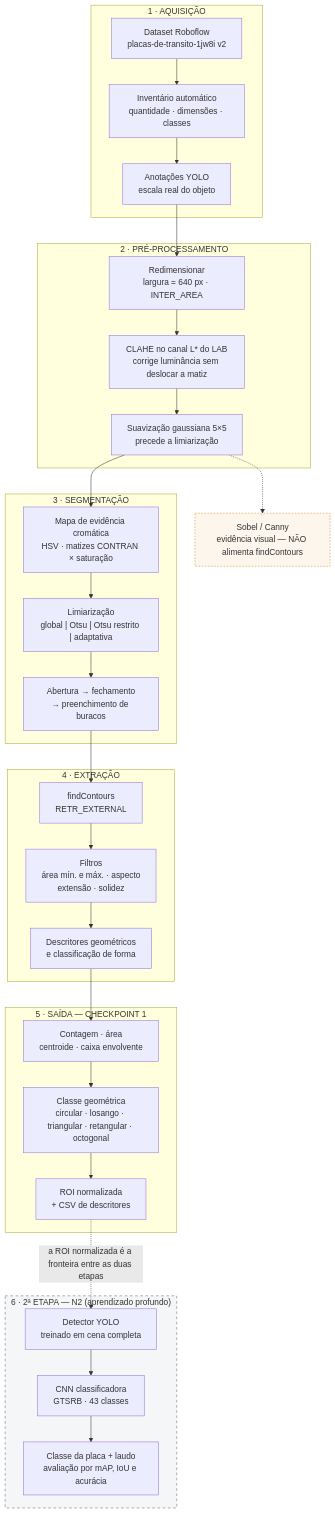
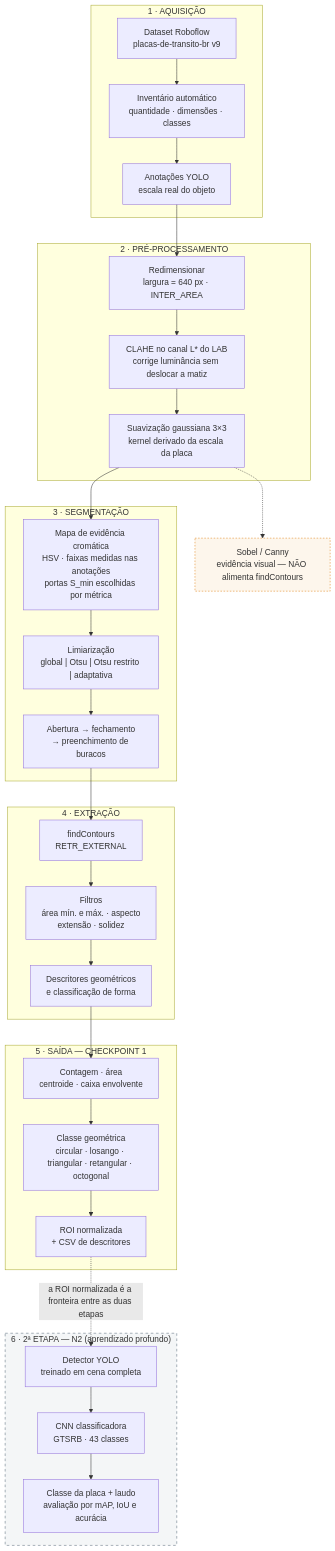
One commit to CaioHenri99/aed-visao-placas-transito changed the diagram in docs/arquitetura.md. Above: the diagram before and after it, drawn with Mermaid. The commit also changed other lines of this file and 11 other files, not shown here.

First line of the commit message:
feat: troca a base para placas-de-transito-br v9 e mede as faixas de cor

````diff
--- a/docs/arquitetura.md
+++ b/docs/arquitetura.md
@@ -13,56 +13,56 @@
 ```mermaid
 flowchart TD
     subgraph AQ["1 · AQUISIÇÃO"]
-        A1["Dataset Roboflow<br/>placas-de-transito-1jw8i v2"]
+        A1["Dataset Roboflow<br/>placas-de-transito-br v9"]
         A2["Inventário automático<br/>quantidade · dimensões · classes"]
         A3["Anotações YOLO<br/>escala real do objeto"]
         A1 --> A2 --> A3
     end
 
     subgraph PRE["2 · PRÉ-PROCESSAMENTO"]
         B1["Redimensionar<br/>largura = 640 px · INTER_AREA"]
         B2["CLAHE no canal L* do LAB<br/>corrige luminância sem deslocar a matiz"]
-        B3["Suavização gaussiana 5×5<br/>precede a limiarização"]
+        B3["Suavização gaussiana 3×3<br/>kernel derivado da escala da placa"]
         B1 --> B2 --> B3
     end
 
     subgraph SEG["3 · SEGMENTAÇÃO"]
-        C1["Mapa de evidência cromática<br/>HSV · matizes CONTRAN × saturação"]
+        C1["Mapa de evidência cromática<br/>HSV · faixas medidas nas anotações<br/>portas S_min escolhidas por métrica"]
         C2["Limiarização<br/>global | Otsu | Otsu restrito | adaptativa"]
         C3["Abertura → fechamento<br/>→ preenchimento de buracos"]
         C1 --> C2 --> C3
     end
 
     subgraph EXT["4 · EXTRAÇÃO"]
         D1["findContours<br/>RETR_EXTERNAL"]
         D2["Filtros<br/>área mín. e máx. · aspecto<br/>extensão · solidez"]
         D3["Descritores geométricos<br/>e classificação de forma"]
         D1 --> D2 --> D3
     end
 
     subgraph OUT["5 · SAÍDA — CHECKPOINT 1"]
         E1["Contagem · área<br/>centroide · caixa envolvente"]
         E2["Classe geométrica<br/>circular · losango · triangular · retangular · octogonal"]
         E3["ROI normalizada<br/>+ CSV de descritores"]
         E1 --> E2 --> E3
     end
 
     subgraph N2["6 · 2ª ETAPA — N2 (aprendizado profundo)"]
         F1["Detector YOLO<br/>treinado em cena completa"]
         F2["CNN classificadora<br/>GTSRB · 43 classes"]
         F3["Classe da placa + laudo<br/>avaliação por mAP, IoU e acurácia"]
         F1 --> F2 --> F3
     end
 
     CANNY["Sobel / Canny<br/>evidência visual — NÃO alimenta findContours"]
 
     A3 --> B1
     B3 --> C1
     C3 --> D1
     D3 --> E1
     E3 -.->|"a ROI normalizada é a fronteira entre as duas etapas"| F1
     B3 -.-> CANNY
 
     style N2 fill:#f4f6f7,stroke:#5a6b7b,stroke-dasharray: 5 5
     style CANNY fill:#fdf6ec,stroke:#e08214,stroke-dasharray: 3 3
 ```
````
